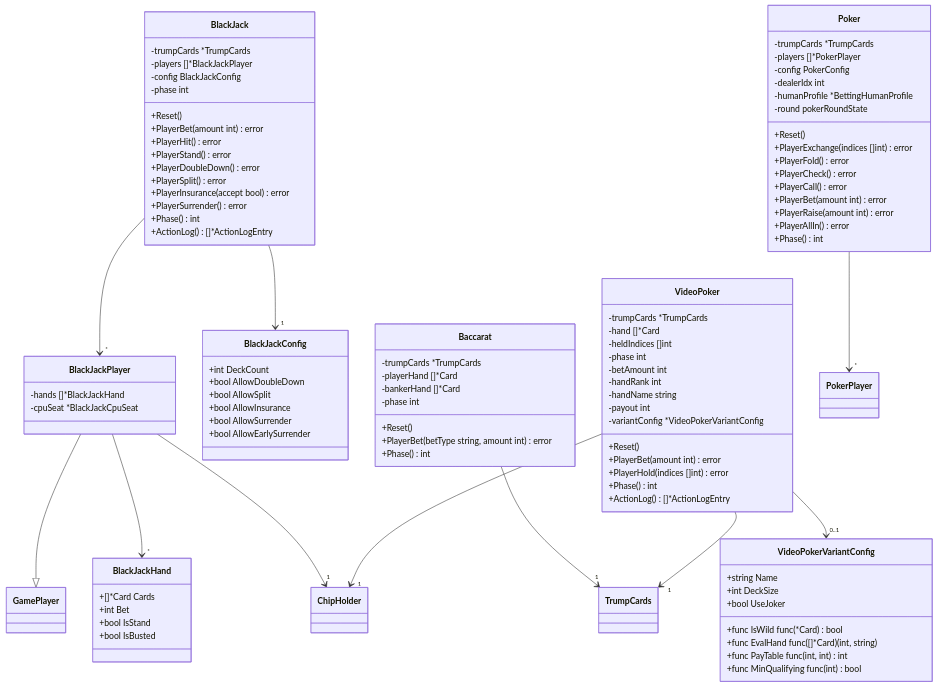
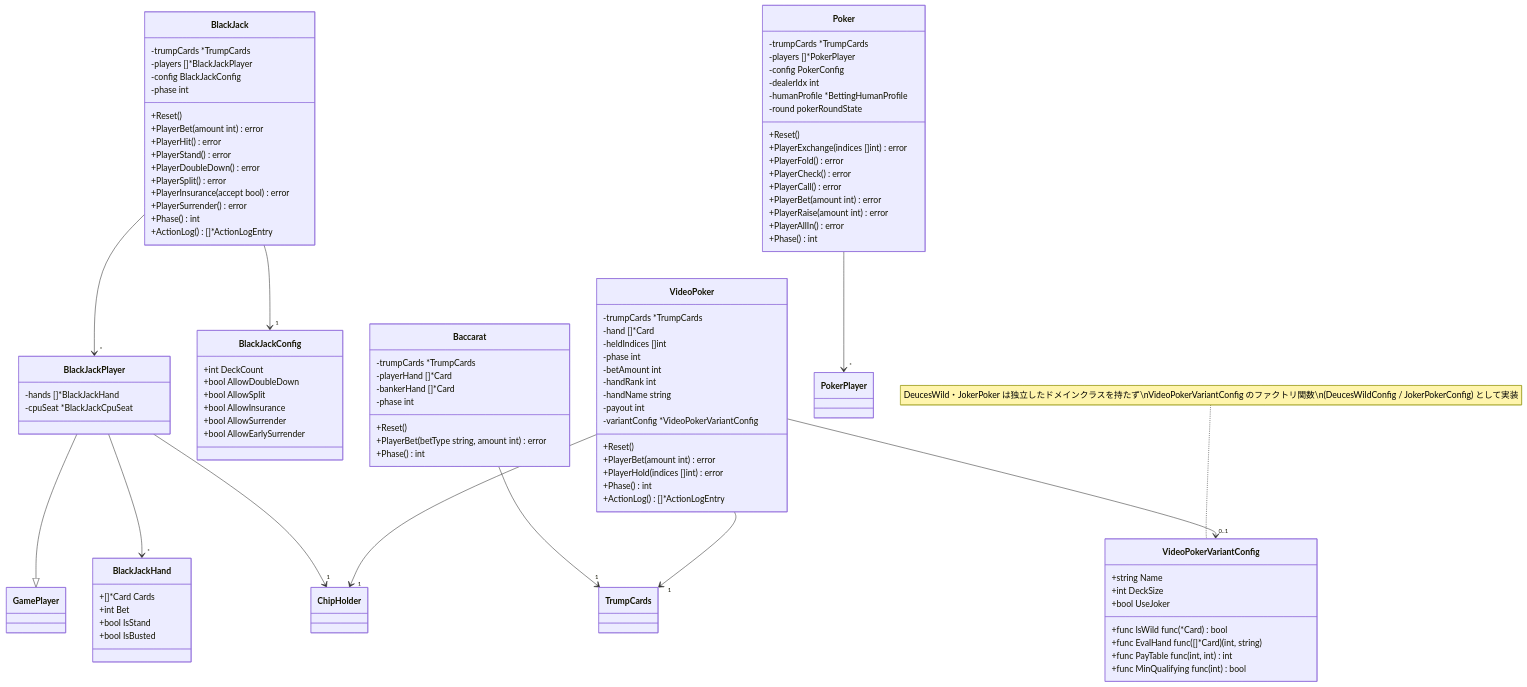
Before and after one commit to yuta-yoshinaga/go_trumpcards: the second of 31 diagrams in docs/design/backend.md, drawn with Mermaid. The commit also changed other lines of this file and 1 other file, not shown here.

First line of the commit message:
docs: sync UML design documents with 26-game codebase

````diff
--- a/docs/design/backend.md
+++ b/docs/design/backend.md
@@ -210,4 +209,6 @@
     VideoPoker --> "1" TrumpCards
     VideoPoker --> "1" ChipHolder
     VideoPoker --> "0..1" VideoPokerVariantConfig
+
+    note for VideoPokerVariantConfig "DeucesWild・JokerPoker は独立したドメインクラスを持たず\nVideoPokerVariantConfig のファクトリ関数\n(DeucesWildConfig / JokerPokerConfig) として実装"
 ```
````
